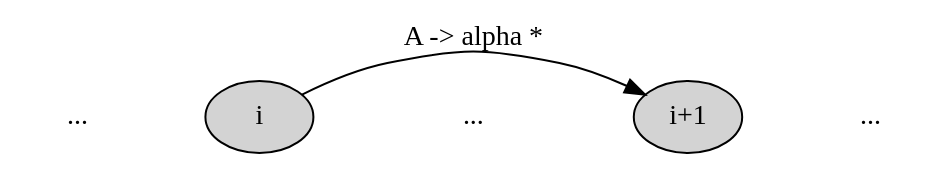
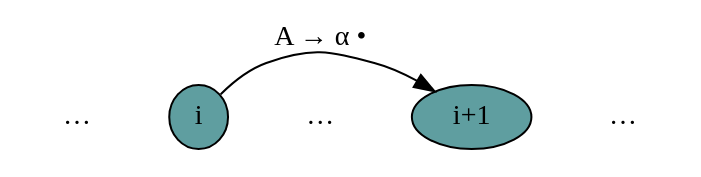
One commit to nltk/nltk_book changed the diagram in images/chart_bu_predict1.dot. Above: the diagram before and after it, drawn with Graphviz. The commit also changed 22 other files, not shown here.

```diff
--- a/images/chart_bu_predict1.dot
+++ b/images/chart_bu_predict1.dot
@@ -1,26 +1,28 @@
 digraph x {
    rankdir=LR;
-   
+   ranksep=0.25;  
+  
    /* The nodes */
    {
-       node [style=filled, color=black, fillcolor=lightgray];
+       node [style=filled, height=0.1,width=0.1,fillcolor=cadetblue];
        1 [label="i"];
        2 [label="i+1"];
    }
 
    /* The sentence */
    {
        edge [style=invis, weight=100];
        node [shape=plaintext];
        dots1->1->dots2->2->dots3;
-       dots1 [label="..."];
-       dots2 [label="..."];
-       dots3 [label="..."];
+       dots1 [label="&hellip;"];
+       dots2 [label="&hellip;"];
+       dots3 [label="&hellip;"];
    }
    
    /* Edges */
    {
-       1->2 [label="A -> alpha *"];
+       edge [fontname=LucidaGrande];
+       1->2 [label="A &rarr; &alpha; &bull;"];
    }
 
 }
```
